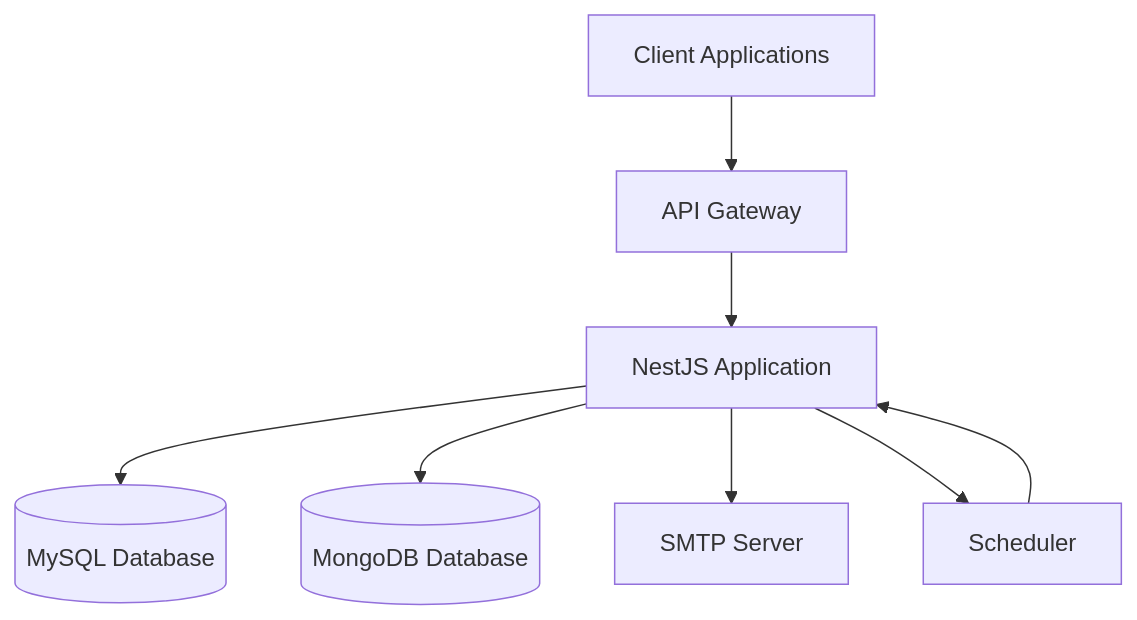
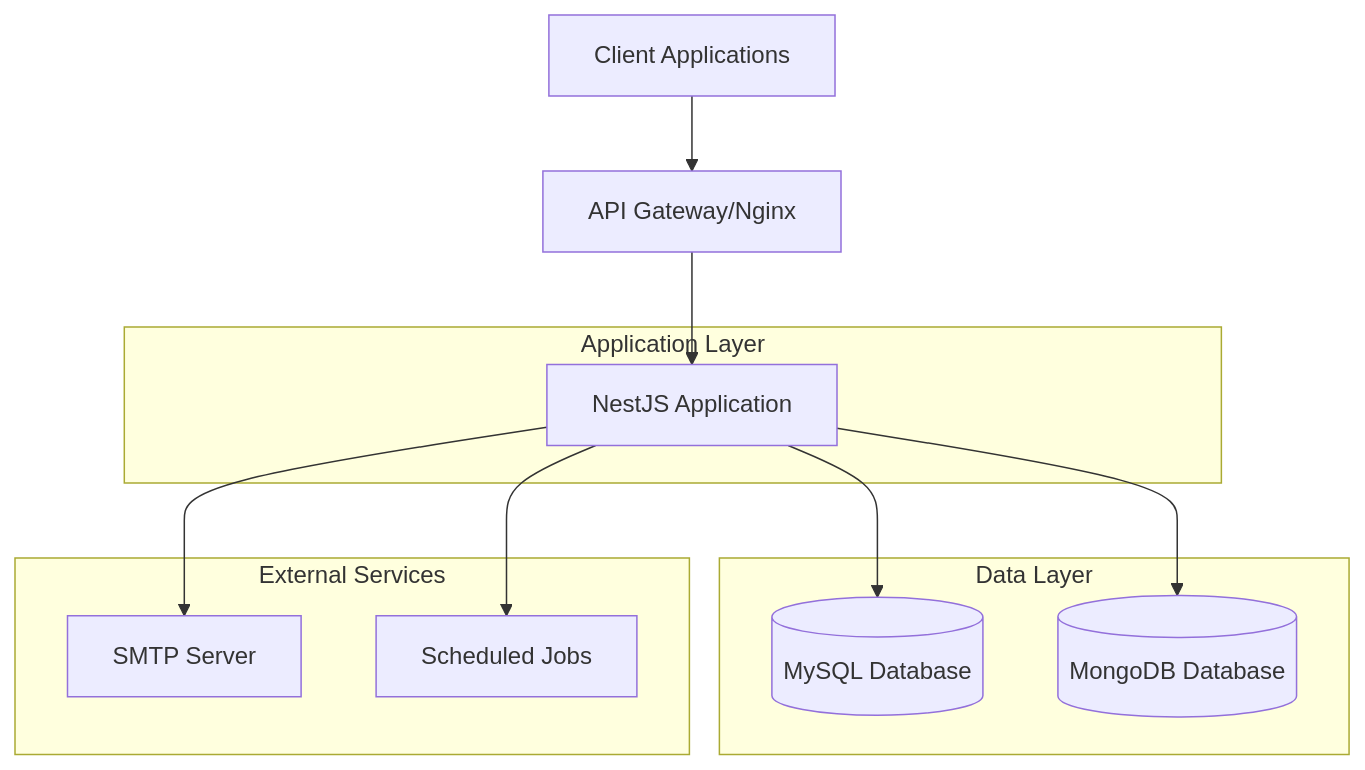
One commit to h4775346/expansion-management-api changed the first of 7 diagrams in docs/SYSTEM_DESIGN.md. Above: the diagram before and after it, drawn with Mermaid. The commit also changed other lines of this file and 9 other files, not shown here.

````diff
--- a/docs/SYSTEM_DESIGN.md
+++ b/docs/SYSTEM_DESIGN.md
@@ -16,10 +25,23 @@
 ```mermaid
 graph TD
-    A[Client Applications] --> B[API Gateway]
+    A[Client Applications] --> B[API Gateway/Nginx]
     B --> C[NestJS Application]
     C --> D[(MySQL Database)]
     C --> E[(MongoDB Database)]
     C --> F[SMTP Server]
-    C --> G[Scheduler]
-    G --> C
+    C --> G[Scheduled Jobs]
+    
+    subgraph "Application Layer"
+        C
+    end
+    
+    subgraph "Data Layer"
+        D
+        E
+    end
+    
+    subgraph "External Services"
+        F
+        G
+    end
 ```
````
